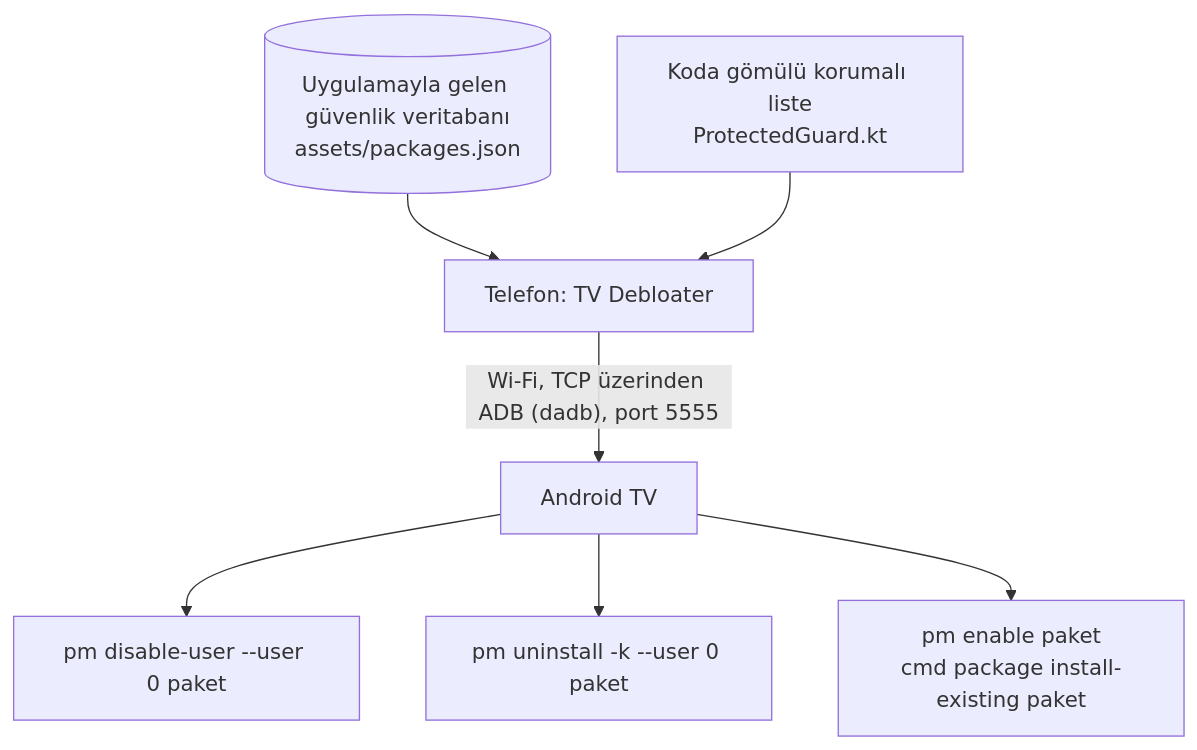
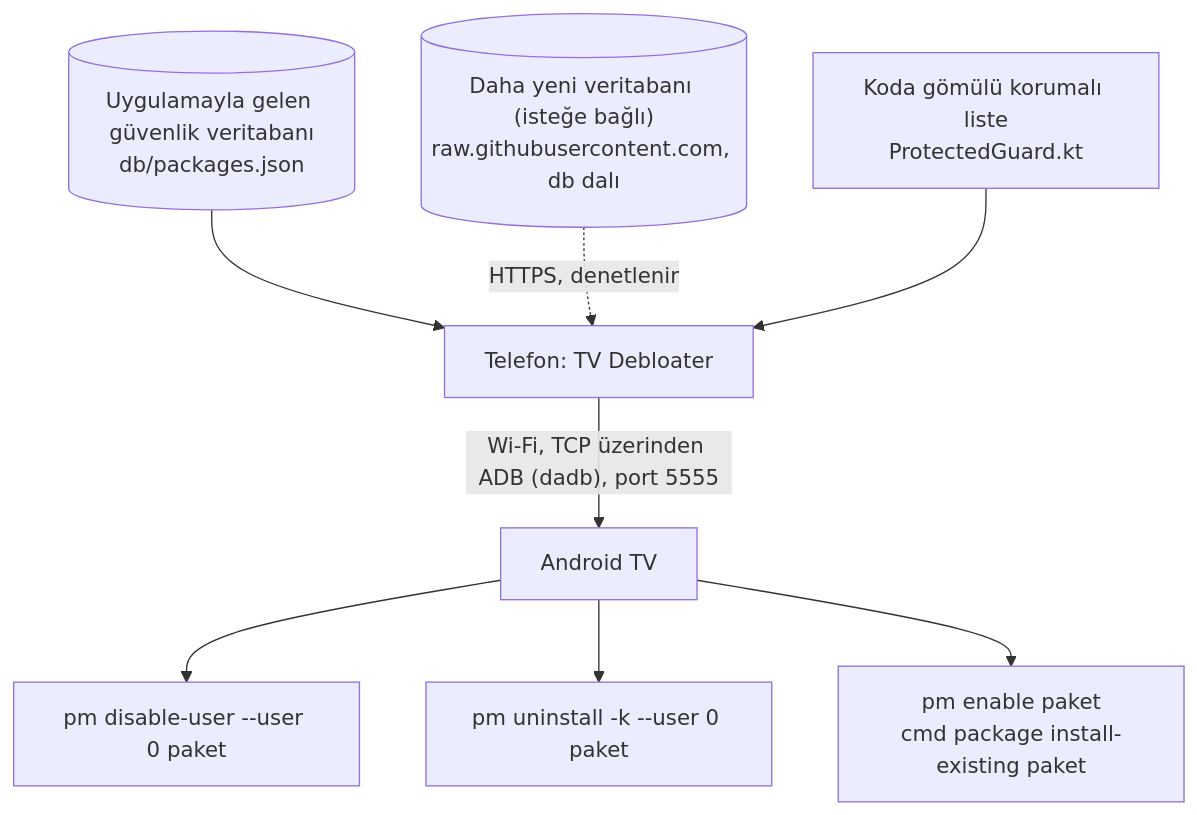
Before and after one commit to frtymn/tv-debloater: the diagram in README.tr.md, drawn with Mermaid. The commit also changed other lines of this file and 54 other files, not shown here.

````diff
--- a/README.tr.md
+++ b/README.tr.md
@@ -76,9 +86,10 @@
 ```mermaid
 flowchart TD
     A["Telefon: TV Debloater"] -->|"Wi-Fi, TCP üzerinden ADB (dadb), port 5555"| B["Android TV"]
-    D[("Uygulamayla gelen güvenlik veritabanı<br/>assets/packages.json")] --> A
+    D[("Uygulamayla gelen güvenlik veritabanı<br/>db/packages.json")] --> A
+    G[("Daha yeni veritabanı (isteğe bağlı)<br/>raw.githubusercontent.com, db dalı")] -.->|"HTTPS, denetlenir"| A
     E["Koda gömülü korumalı liste<br/>ProtectedGuard.kt"] --> A
     B --> C1["pm disable-user --user 0 paket"]
     B --> C2["pm uninstall -k --user 0 paket"]
     B --> C3["pm enable paket<br/>cmd package install-existing paket"]
 ```
````
